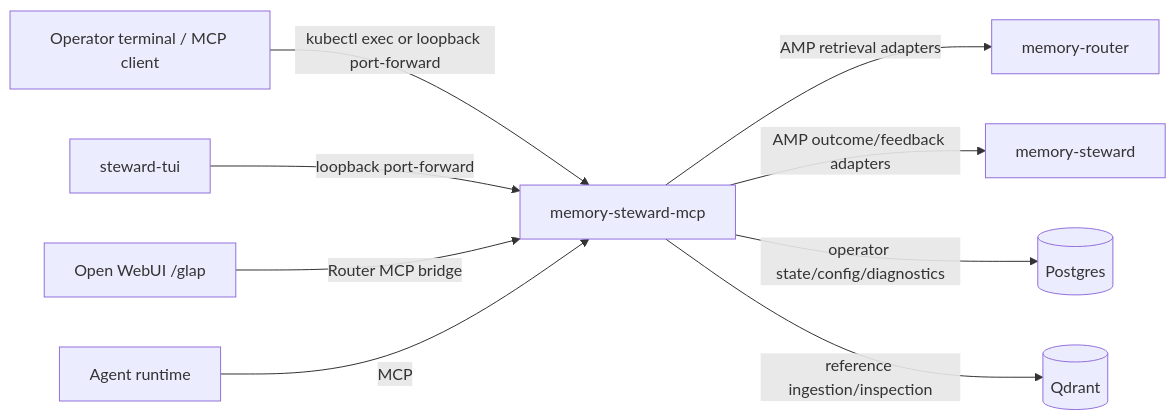
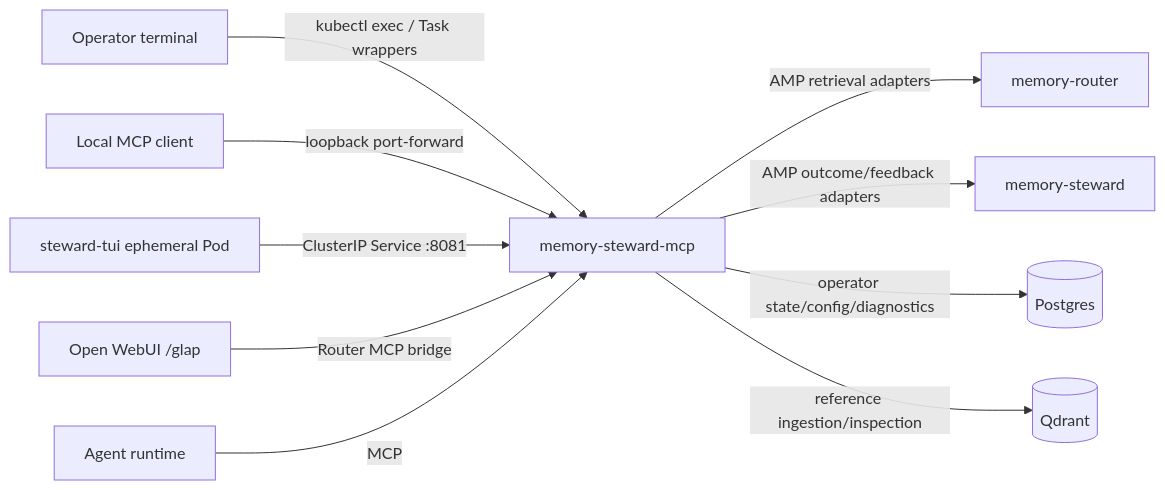
Before and after one commit to homel-dev/memory-steward: the diagram in docs/07_glass_pane.md, drawn with Mermaid. The commit also changed other lines of this file, not shown here.

```diff
--- a/docs/07_glass_pane.md
+++ b/docs/07_glass_pane.md
@@ -39,21 +62,23 @@
 ~~~mermaid
 graph LR
-    Operator[Operator terminal / MCP client]
-    TUI[steward-tui]
+    Operator[Operator terminal]
+    LocalClient[Local MCP client]
+    TUI[steward-tui ephemeral Pod]
     WebUI[Open WebUI /glap]
     Agent[Agent runtime]
     MCP[memory-steward-mcp]
     Router[memory-router]
     Steward[memory-steward]
     PG[(Postgres)]
     Q[(Qdrant)]
 
-    Operator -->|kubectl exec or loopback port-forward| MCP
-    TUI -->|loopback port-forward| MCP
+    Operator -->|kubectl exec / Task wrappers| MCP
+    LocalClient -->|loopback port-forward| MCP
+    TUI -->|ClusterIP Service :8081| MCP
     WebUI -->|Router MCP bridge| MCP
     Agent -->|MCP| MCP
     MCP -->|AMP retrieval adapters| Router
     MCP -->|AMP outcome/feedback adapters| Steward
     MCP -->|operator state/config/diagnostics| PG
     MCP -->|reference ingestion/inspection| Q
 ~~~
```
